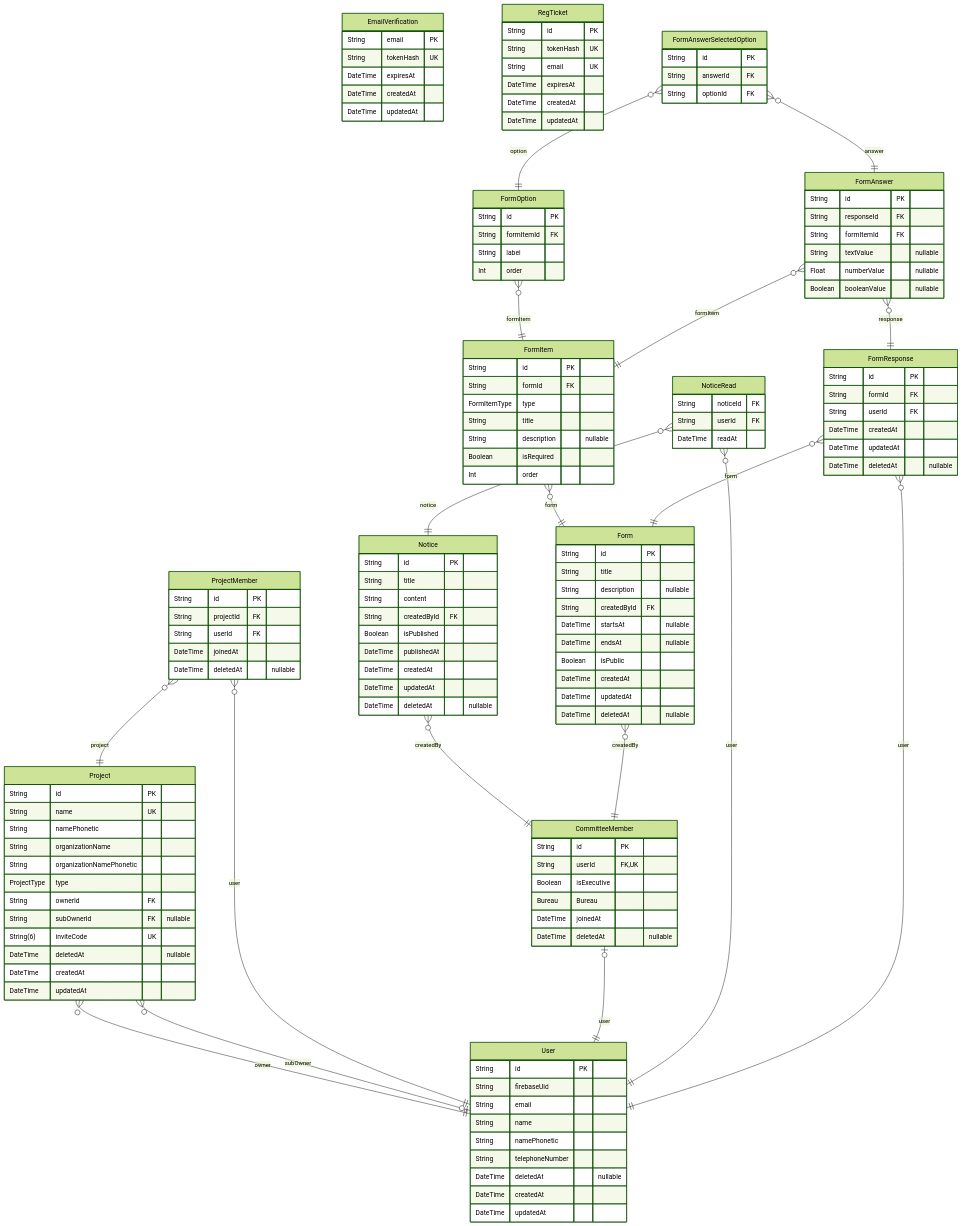
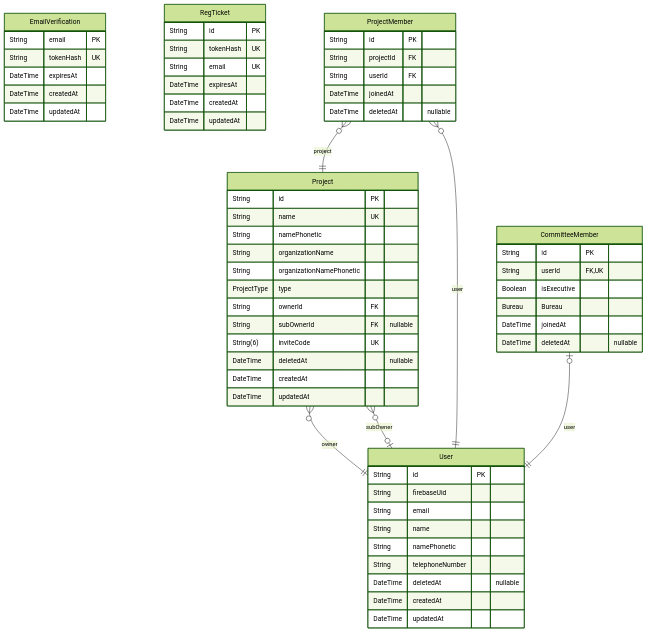
The diagram in apps/api/prisma/ERD.md (sohosai/sos26), drawn with Mermaid (forest theme) before and after one commit. The commit also changed other lines of this file, not shown here.

Commit message:
regenerate ERD.md

````diff
--- a/apps/api/prisma/ERD.md
+++ b/apps/api/prisma/ERD.md
@@ -63,85 +63,9 @@
   DateTime joinedAt
   DateTime deletedAt "nullable"
 }
-"Notice" {
-  String id PK
-  String title
-  String content
-  String createdById FK
-  Boolean isPublished
-  DateTime publishedAt
-  DateTime createdAt
-  DateTime updatedAt
-  DateTime deletedAt "nullable"
-}
-"NoticeRead" {
-  String noticeId FK
-  String userId FK
-  DateTime readAt
-}
-"Form" {
-  String id PK
-  String title
-  String description "nullable"
-  String createdById FK
-  DateTime startsAt "nullable"
-  DateTime endsAt "nullable"
-  Boolean isPublic
-  DateTime createdAt
-  DateTime updatedAt
-  DateTime deletedAt "nullable"
-}
-"FormItem" {
-  String id PK
-  String formId FK
-  FormItemType type
-  String title
-  String description "nullable"
-  Boolean isRequired
-  Int order
-}
-"FormOption" {
-  String id PK
-  String formItemId FK
-  String label
-  Int order
-}
-"FormResponse" {
-  String id PK
-  String formId FK
-  String userId FK
-  DateTime createdAt
-  DateTime updatedAt
-  DateTime deletedAt "nullable"
-}
-"FormAnswer" {
-  String id PK
-  String responseId FK
-  String formItemId FK
-  String textValue "nullable"
-  Float numberValue "nullable"
-  Boolean booleanValue "nullable"
-}
-"FormAnswerSelectedOption" {
-  String id PK
-  String answerId FK
-  String optionId FK
-}
 "Project" }o--|| "User" : owner
 "Project" }o--o| "User" : subOwner
 "ProjectMember" }o--|| "Project" : project
 "ProjectMember" }o--|| "User" : user
 "CommitteeMember" |o--|| "User" : user
-"Notice" }o--|| "CommitteeMember" : createdBy
-"NoticeRead" }o--|| "Notice" : notice
-"NoticeRead" }o--|| "User" : user
-"Form" }o--|| "CommitteeMember" : createdBy
-"FormItem" }o--|| "Form" : form
-"FormOption" }o--|| "FormItem" : formItem
-"FormResponse" }o--|| "Form" : form
-"FormResponse" }o--|| "User" : user
-"FormAnswer" }o--|| "FormResponse" : response
-"FormAnswer" }o--|| "FormItem" : formItem
-"FormAnswerSelectedOption" }o--|| "FormAnswer" : answer
-"FormAnswerSelectedOption" }o--|| "FormOption" : option
 ```
````
